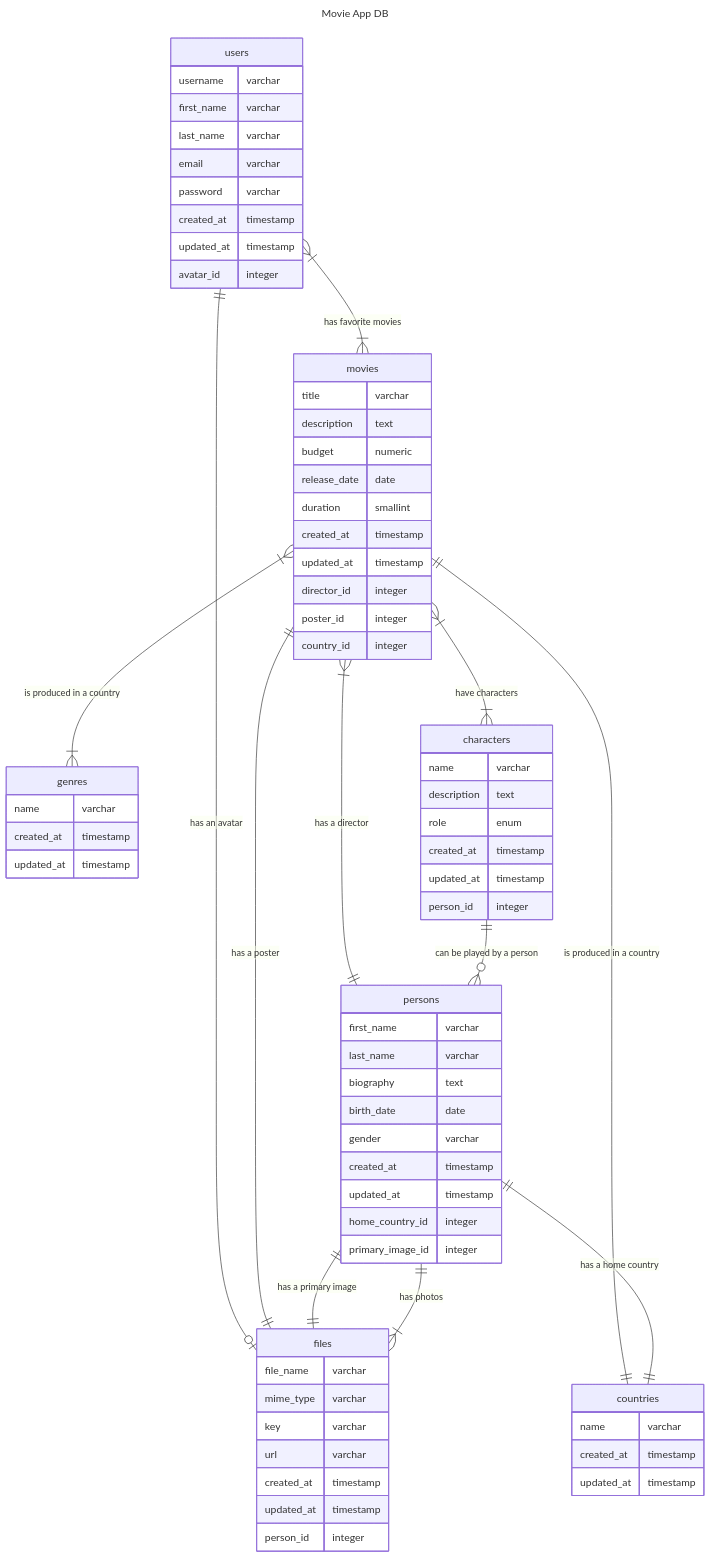
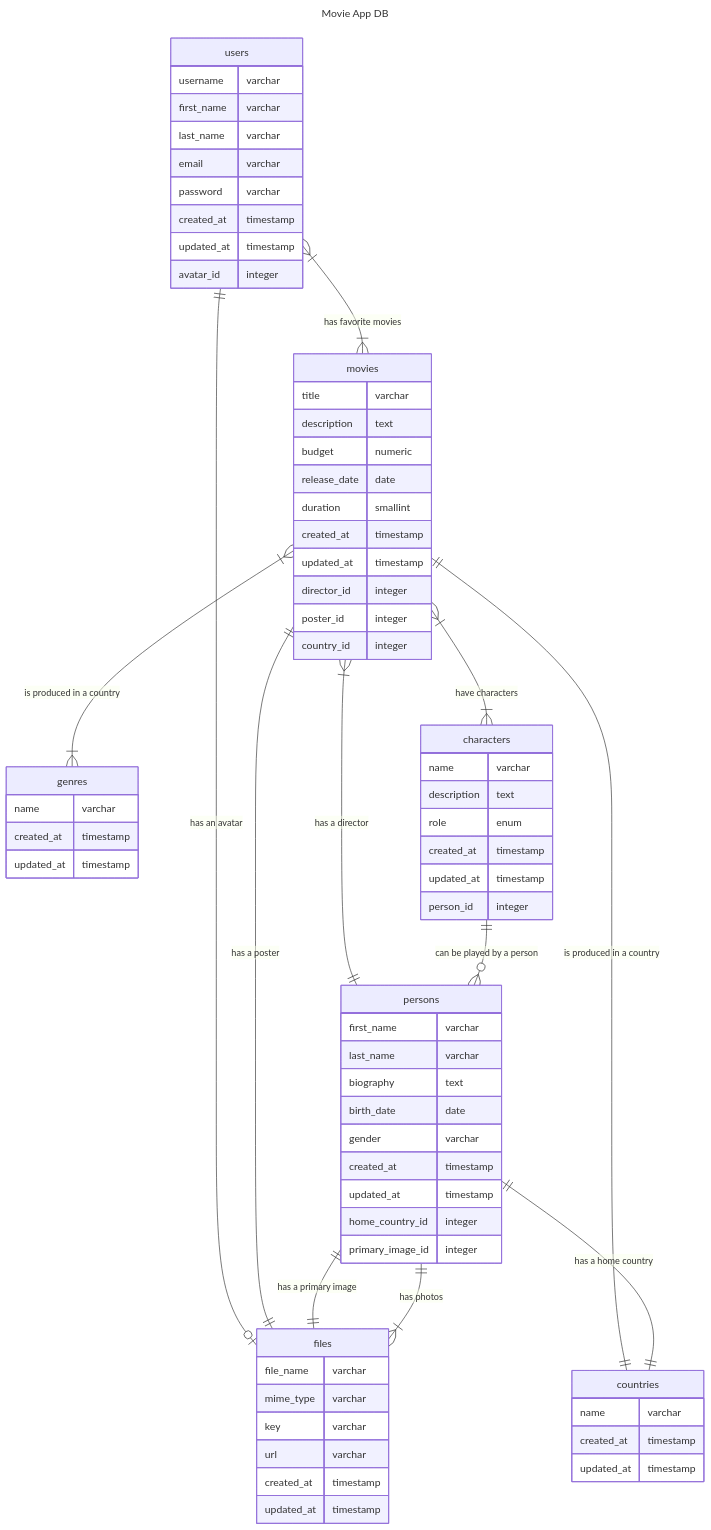
Before and after one commit to edwarmv/javascript-Database-and-SQL: the diagram in README.md, drawn with Mermaid.

Commit message:
docs: remove person_id from files

```diff
--- a/README.md
+++ b/README.md
@@ -28,7 +28,6 @@
     url varchar
     created_at timestamp
     updated_at timestamp
-    person_id integer
 }
 
 movies {
```
